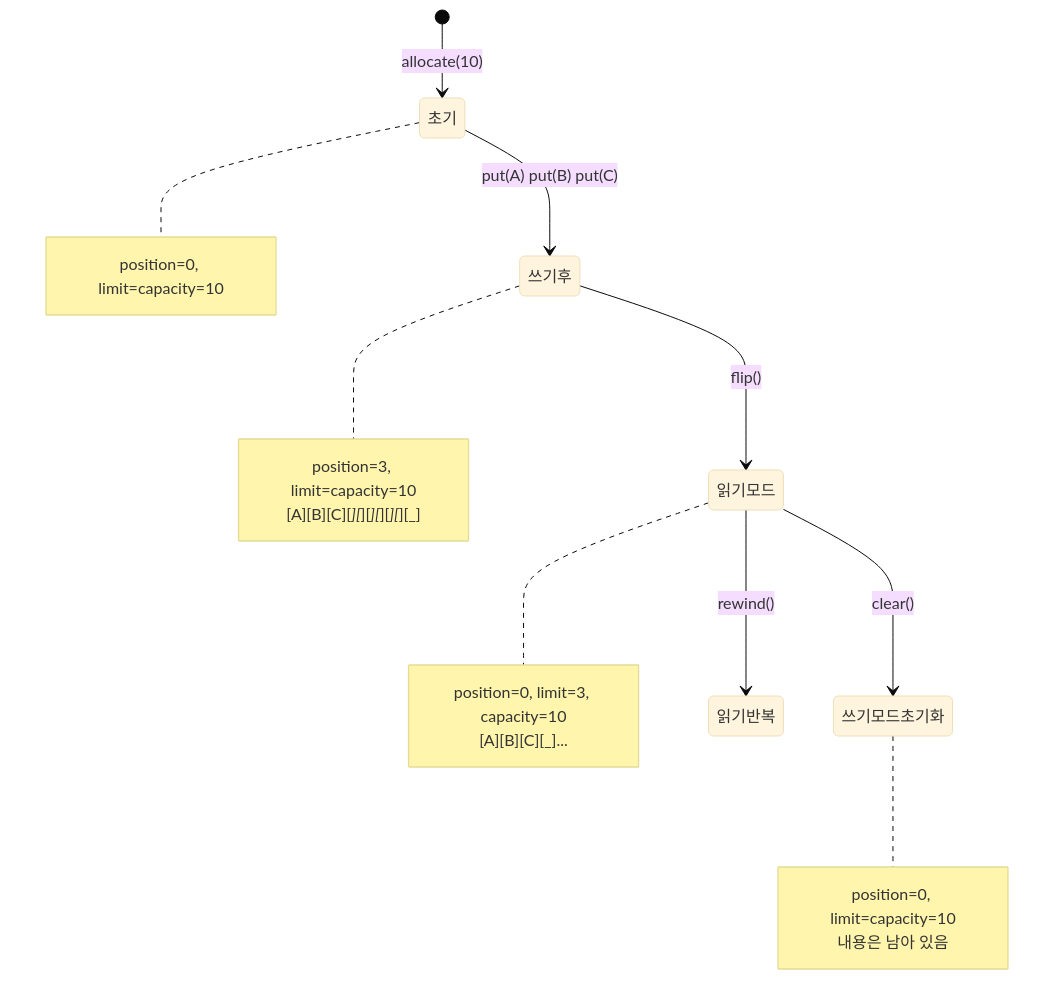
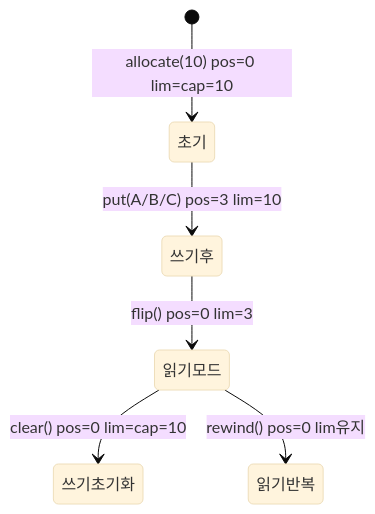
One commit to yjkim2015/yjkim2015.github.io changed the seventh of 11 diagrams in _posts/java/2026-05-01-java-io.md. Above: the diagram before and after it, drawn with Mermaid (base theme). The commit also changed other lines of this file and 215 other files, not shown here.

First line of the commit message:
신규 포스트 10개 추가 + Mermaid 전면 축소 + SystemDesign 시리즈 보강

````diff
--- a/_posts/java/2026-05-01-java-io.md
+++ b/_posts/java/2026-05-01-java-io.md
@@ -318,24 +248,8 @@
 ```mermaid
 stateDiagram-v2
-    [*] --> 초기: allocate(10)
-    초기 --> 쓰기후: put(A) put(B) put(C)
-    쓰기후 --> 읽기모드: flip()
-    읽기모드 --> 쓰기모드초기화: clear()
-    읽기모드 --> 읽기반복: rewind()
-
-    note right of 초기
-        position=0, limit=capacity=10
-    end note
-    note right of 쓰기후
-        position=3, limit=capacity=10
-        [A][B][C][_][_][_][_][_][_][_]
-    end note
-    note right of 읽기모드
-        position=0, limit=3, capacity=10
-        [A][B][C][_]...
-    end note
-    note right of 쓰기모드초기화
-        position=0, limit=capacity=10
-        내용은 남아 있음
-    end note
+    [*] --> 초기: allocate(10) pos=0 lim=cap=10
+    초기 --> 쓰기후: put(A/B/C) pos=3 lim=10
+    쓰기후 --> 읽기모드: flip() pos=0 lim=3
+    읽기모드 --> 쓰기초기화: clear() pos=0 lim=cap=10
+    읽기모드 --> 읽기반복: rewind() pos=0 lim유지
 ```
````
